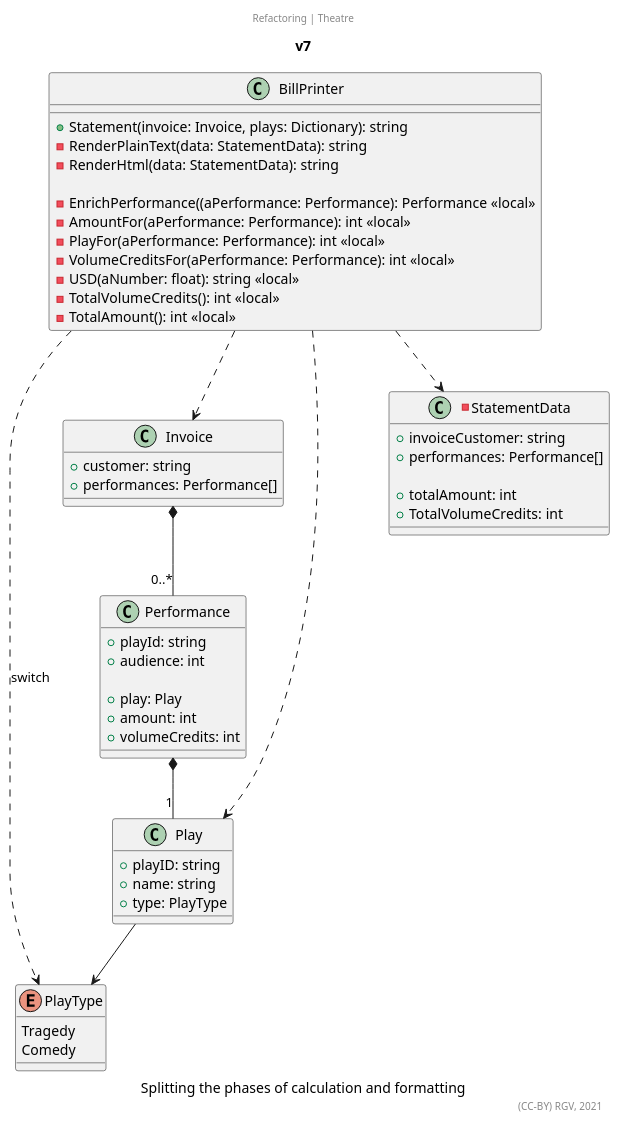
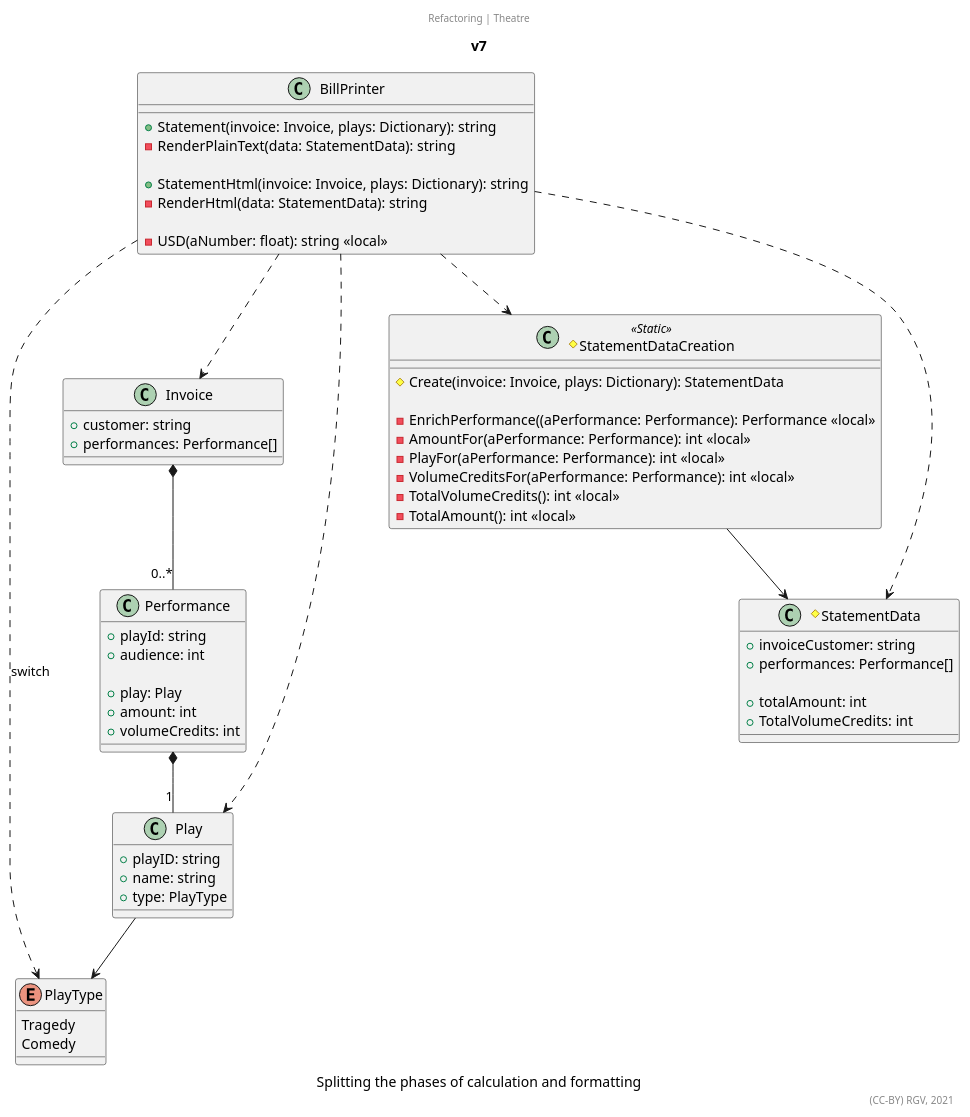
Before and after one commit to RicardoGuzmanVelasco/MartinFowler.Refactoring: the diagram in Theatre/Documentation~/v7.puml, drawn with PlantUML. The commit also changed 3 other files, not shown here.

```diff
--- a/Theatre/Documentation~/v7.puml
+++ b/Theatre/Documentation~/v7.puml
@@ -1,72 +1,82 @@
 @startuml
 title v7
 center header Refactoring | Theatre
 '''''''''''''
 allowmixing
 '''''''''''''
 
 enum PlayType{
     Tragedy
     Comedy
 }
 
 class Performance{
     +playId: string
     +audience: int
     
     +play: Play
     +amount: int
     +volumeCredits: int
 }
 
 class Invoice{
     +customer: string
     +performances: Performance[]
 }
 
 class Play{
     +playID: string
     +name: string
     +type: PlayType
 }
 
--class StatementData{
+#class StatementDataCreation <<Static>>{
+    #Create(invoice: Invoice, plays: Dictionary): StatementData
+    
+    -EnrichPerformance((aPerformance: Performance): Performance <<local>>
+    -AmountFor(aPerformance: Performance): int <<local>>
+    -PlayFor(aPerformance: Performance): int <<local>>
+    -VolumeCreditsFor(aPerformance: Performance): int <<local>>
+    -TotalVolumeCredits(): int <<local>>
+    -TotalAmount(): int <<local>>
+}
+
+#class StatementData{
     +invoiceCustomer: string
     +performances: Performance[]
     
     +totalAmount: int
     +TotalVolumeCredits: int
 }
 
 class BillPrinter{
     +Statement(invoice: Invoice, plays: Dictionary): string 
     -RenderPlainText(data: StatementData): string
+    
+    +StatementHtml(invoice: Invoice, plays: Dictionary): string 
     -RenderHtml(data: StatementData): string
     
-    -EnrichPerformance((aPerformance: Performance): Performance <<local>>
-    -AmountFor(aPerformance: Performance): int <<local>>
-    -PlayFor(aPerformance: Performance): int <<local>>
-    -VolumeCreditsFor(aPerformance: Performance): int <<local>>
     -USD(aNumber: float): string <<local>>
-    -TotalVolumeCredits(): int <<local>>
-    -TotalAmount(): int <<local>>
 }
 
 '''''''''''''
 
 Play --> PlayType
 Invoice *-- "0..*" Performance
 
 Performance *-- "1" Play
 
+StatementDataCreation --> StatementData
+
+BillPrinter ..> StatementDataCreation
 BillPrinter ..> StatementData
 
 BillPrinter ..> Invoice
 BillPrinter ..> Play
 BillPrinter ..> PlayType : switch
 
 '''''''''''''
 '''''''''''''
 caption Splitting the phases of calculation and formatting
 right footer (CC-BY) RGV, 2021
 @enduml
```
